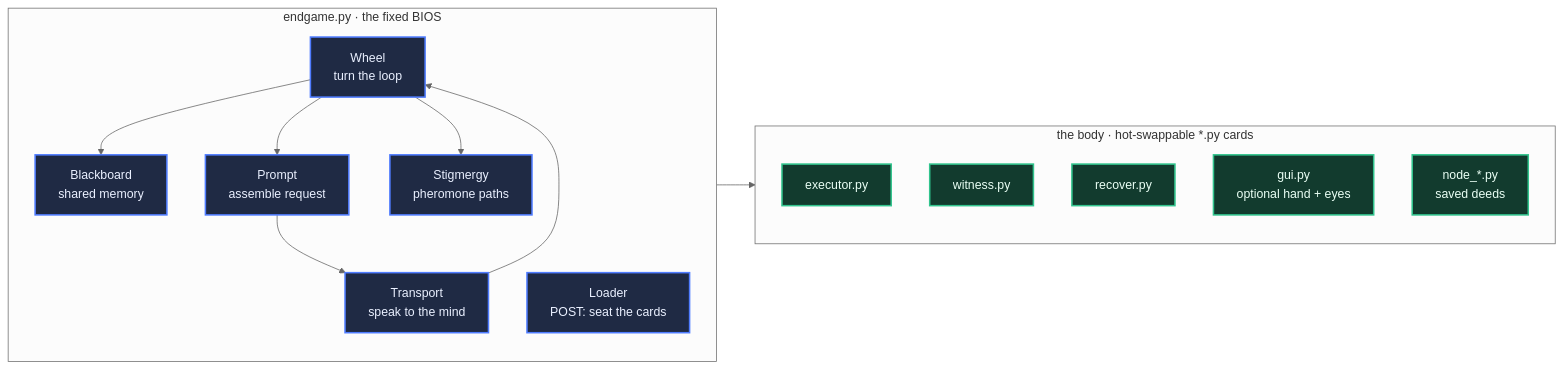
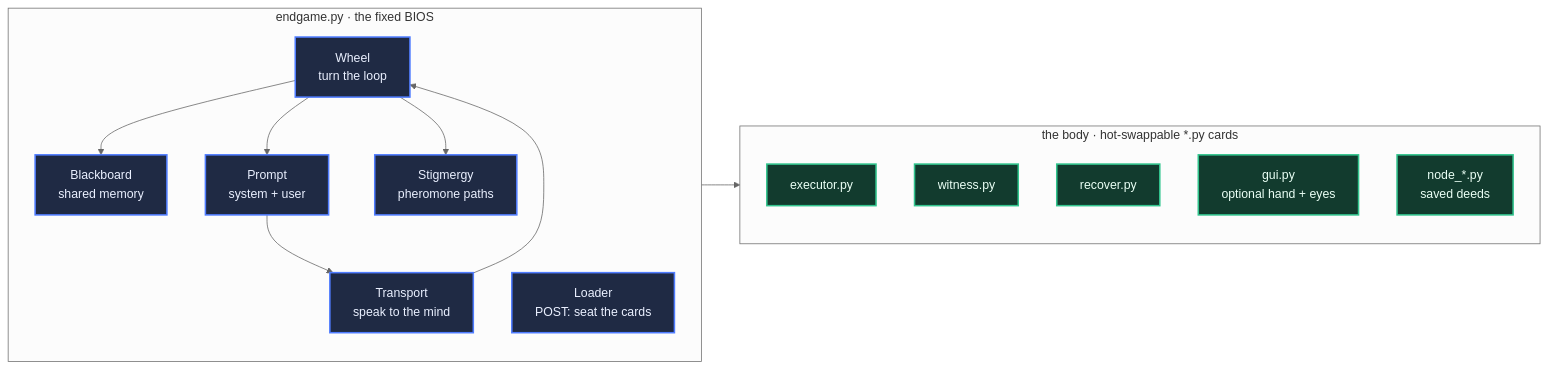
One commit to wgabrys88/endgame-ai changed the second of 11 diagrams in README.md. Above: the diagram before and after it, drawn with Mermaid (neutral theme). The commit also changed other lines of this file, not shown here.

````diff
--- a/README.md
+++ b/README.md
@@ -53,28 +55,28 @@
 ```mermaid
 flowchart LR
     subgraph FIRMWARE["endgame.py · the fixed BIOS"]
       direction TB
       BB[Blackboard<br/>shared memory]
       LD[Loader<br/>POST: seat the cards]
-      PR[Prompt<br/>assemble request]
+      PR[Prompt<br/>system + user]
       TR[Transport<br/>speak to the mind]
       WH[Wheel<br/>turn the loop]
-      ST[Stigmergy<br/>pheromone paths]
+      SG[Stigmergy<br/>pheromone paths]
     end
     subgraph NODES["the body · hot-swappable *.py cards"]
       EX[executor.py]
       WI[witness.py]
       RC[recover.py]
       GUI[gui.py<br/>optional hand + eyes]
       DEED[node_*.py<br/>saved deeds]
     end
     LD --> NODES
     WH --> PR --> TR --> WH
-    WH --> ST
+    WH --> SG
     WH --> BB
 
     classDef firm fill:#1f2a44,stroke:#4f7cff,stroke-width:2px,color:#eaf0ff;
     classDef node fill:#123b2e,stroke:#31c48d,stroke-width:2px,color:#eafff5;
-    class BB,LD,PR,TR,WH,ST firm;
+    class BB,LD,PR,TR,WH,SG firm;
     class EX,WI,RC,GUI,DEED node;
 ```
````
